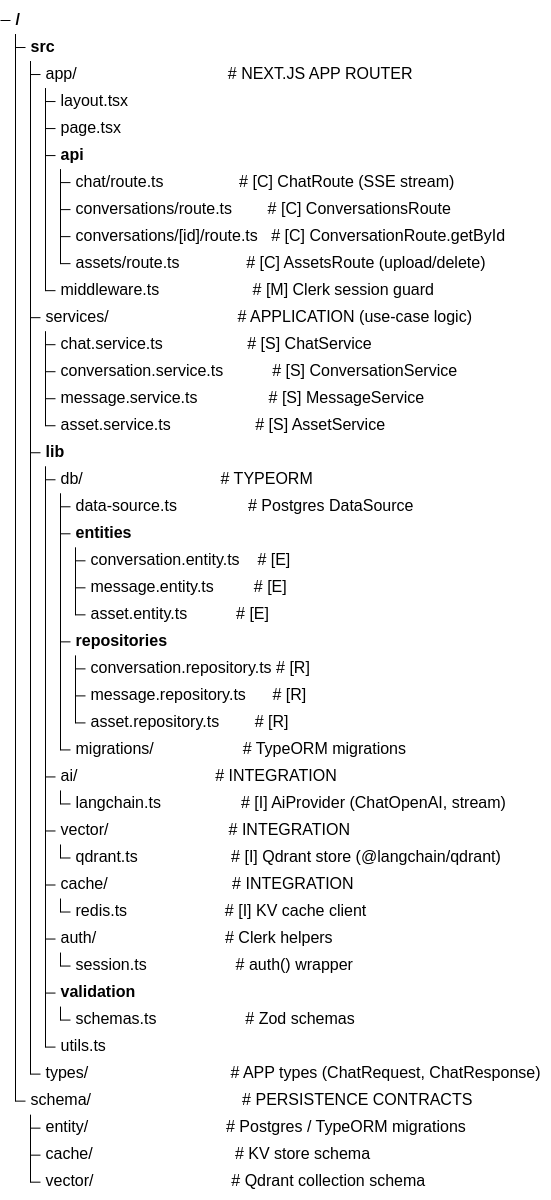
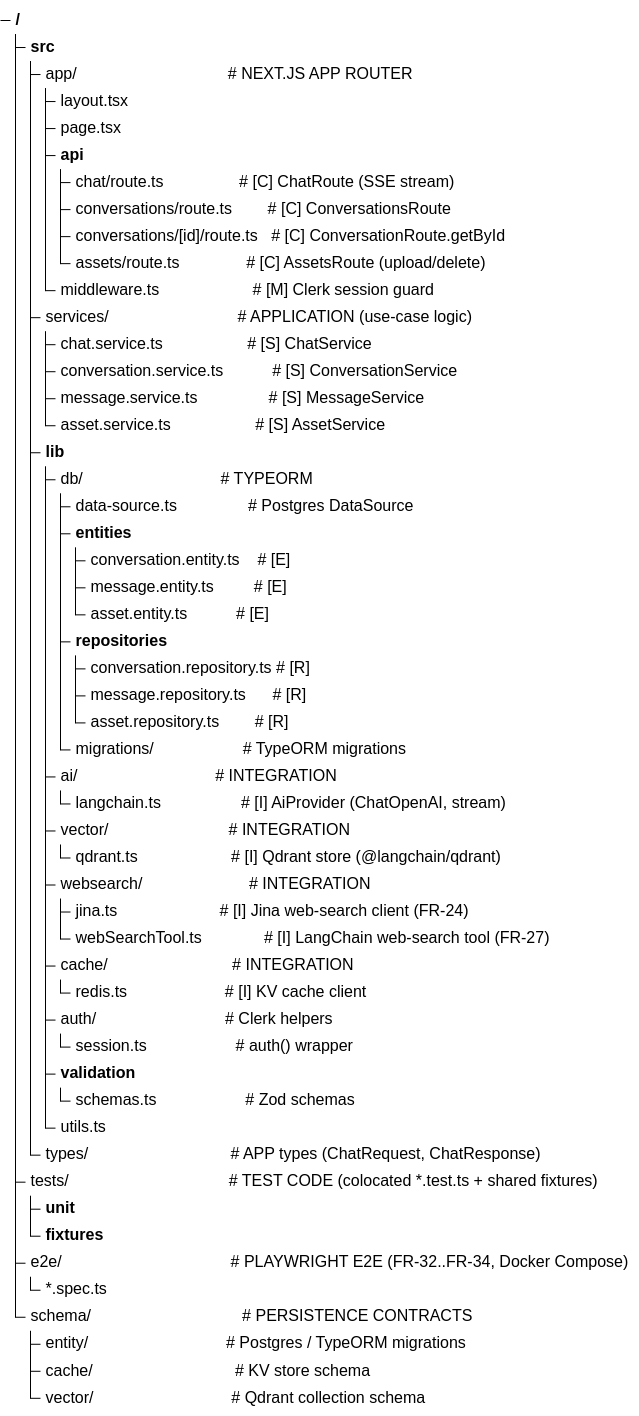
One commit to Glitch-guy0/chaiGPT changed the first of 2 diagrams in _bmad-output/planning-artifacts/01-package.md. Above: the diagram before and after it, drawn with Mermaid. The commit also changed other lines of this file and 8 other files, not shown here.

````diff
--- a/_bmad-output/planning-artifacts/01-package.md
+++ b/_bmad-output/planning-artifacts/01-package.md
@@ -11,46 +11,54 @@
 ```mermaid
 treeView-beta
     src/
         app/                                  # NEXT.JS APP ROUTER
             layout.tsx
             page.tsx
             api/
                 chat/route.ts                 # [C] ChatRoute (SSE stream)
                 conversations/route.ts        # [C] ConversationsRoute
                 conversations/[id]/route.ts   # [C] ConversationRoute.getById
                 assets/route.ts               # [C] AssetsRoute (upload/delete)
             middleware.ts                     # [M] Clerk session guard
         services/                             # APPLICATION (use-case logic)
             chat.service.ts                   # [S] ChatService
             conversation.service.ts           # [S] ConversationService
             message.service.ts                # [S] MessageService
             asset.service.ts                   # [S] AssetService
         lib/
             db/                               # TYPEORM
                 data-source.ts                # Postgres DataSource
                 entities/
                     conversation.entity.ts    # [E]
                     message.entity.ts         # [E]
                     asset.entity.ts           # [E]
                 repositories/
                     conversation.repository.ts # [R]
                     message.repository.ts      # [R]
                     asset.repository.ts        # [R]
                 migrations/                    # TypeORM migrations
             ai/                               # INTEGRATION
                 langchain.ts                  # [I] AiProvider (ChatOpenAI, stream)
             vector/                           # INTEGRATION
                 qdrant.ts                     # [I] Qdrant store (@langchain/qdrant)
+            websearch/                        # INTEGRATION
+                jina.ts                       # [I] Jina web-search client (FR-24)
+                webSearchTool.ts              # [I] LangChain web-search tool (FR-27)
             cache/                            # INTEGRATION
                 redis.ts                      # [I] KV cache client
             auth/                             # Clerk helpers
                 session.ts                    # auth() wrapper
             validation/
                 schemas.ts                    # Zod schemas
             utils.ts
         types/                                # APP types (ChatRequest, ChatResponse)
+    tests/                                    # TEST CODE (colocated *.test.ts + shared fixtures)
+        unit/
+        fixtures/
+    e2e/                                      # PLAYWRIGHT E2E (FR-32..FR-34, Docker Compose)
+        *.spec.ts
     schema/                                  # PERSISTENCE CONTRACTS
         entity/                               # Postgres / TypeORM migrations
         cache/                                # KV store schema
         vector/                               # Qdrant collection schema
 ```
````
